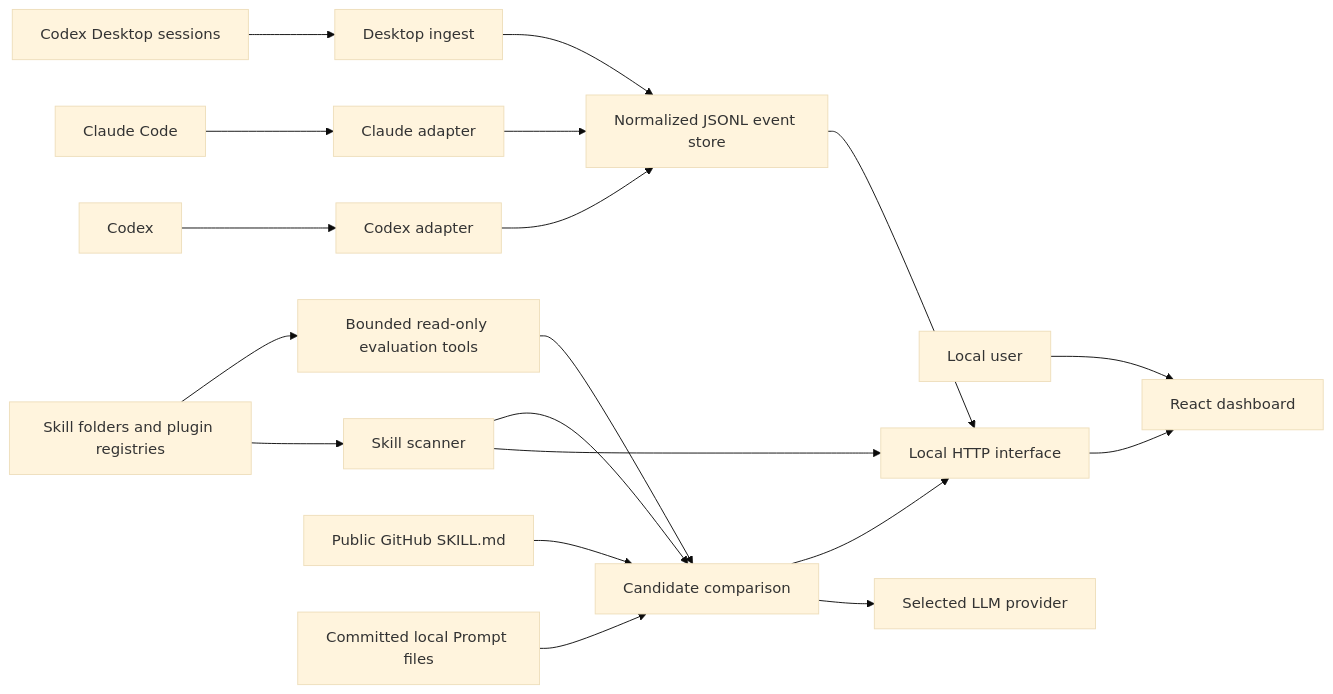
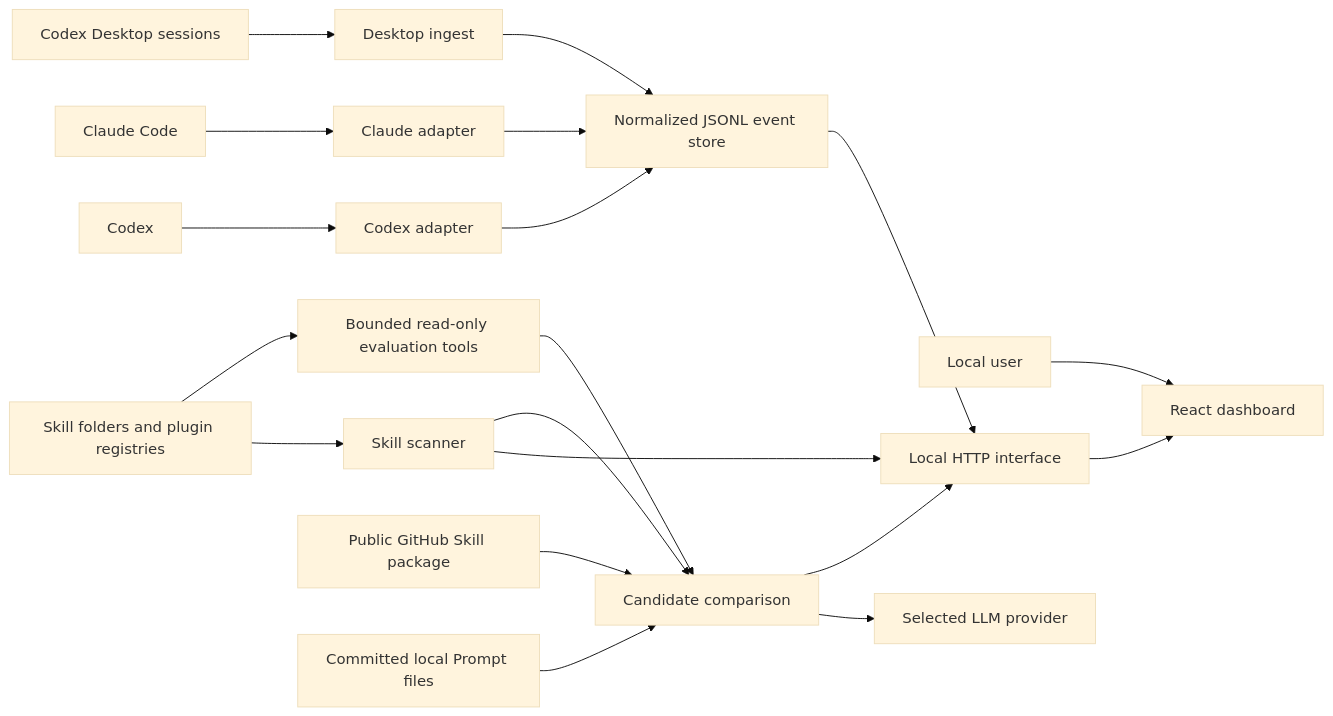
One commit to Gjts/skillops changed the diagram in docs/develop/architecture/system_architecture.md. Above: the diagram before and after it, drawn with Mermaid (base theme). The commit also changed other lines of this file and 169 other files, not shown here.

````diff
--- a/docs/develop/architecture/system_architecture.md
+++ b/docs/develop/architecture/system_architecture.md
@@ -15,22 +15,22 @@
 ```mermaid
 flowchart LR
     U[Local user] --> UI[React dashboard]
     C[Codex] --> CA[Codex adapter]
     CL[Claude Code] --> CLA[Claude adapter]
     CS[Codex Desktop sessions] --> ING[Desktop ingest]
     FS[Skill folders and plugin registries] --> SCAN[Skill scanner]
     FS --> AGENT[Bounded read-only evaluation tools]
-    GH[Public GitHub SKILL.md] --> EVAL[Candidate comparison]
+    GH[Public GitHub Skill package] --> EVAL[Candidate comparison]
     GP[Committed local Prompt files] --> EVAL
     EVAL --> LLM[Selected LLM provider]
     AGENT --> EVAL
 
     CA --> STORE[Normalized JSONL event store]
     CLA --> STORE
     ING --> STORE
     SCAN --> API[Local HTTP interface]
     STORE --> API
     SCAN --> EVAL
     EVAL --> API
     API --> UI
 ```
````
